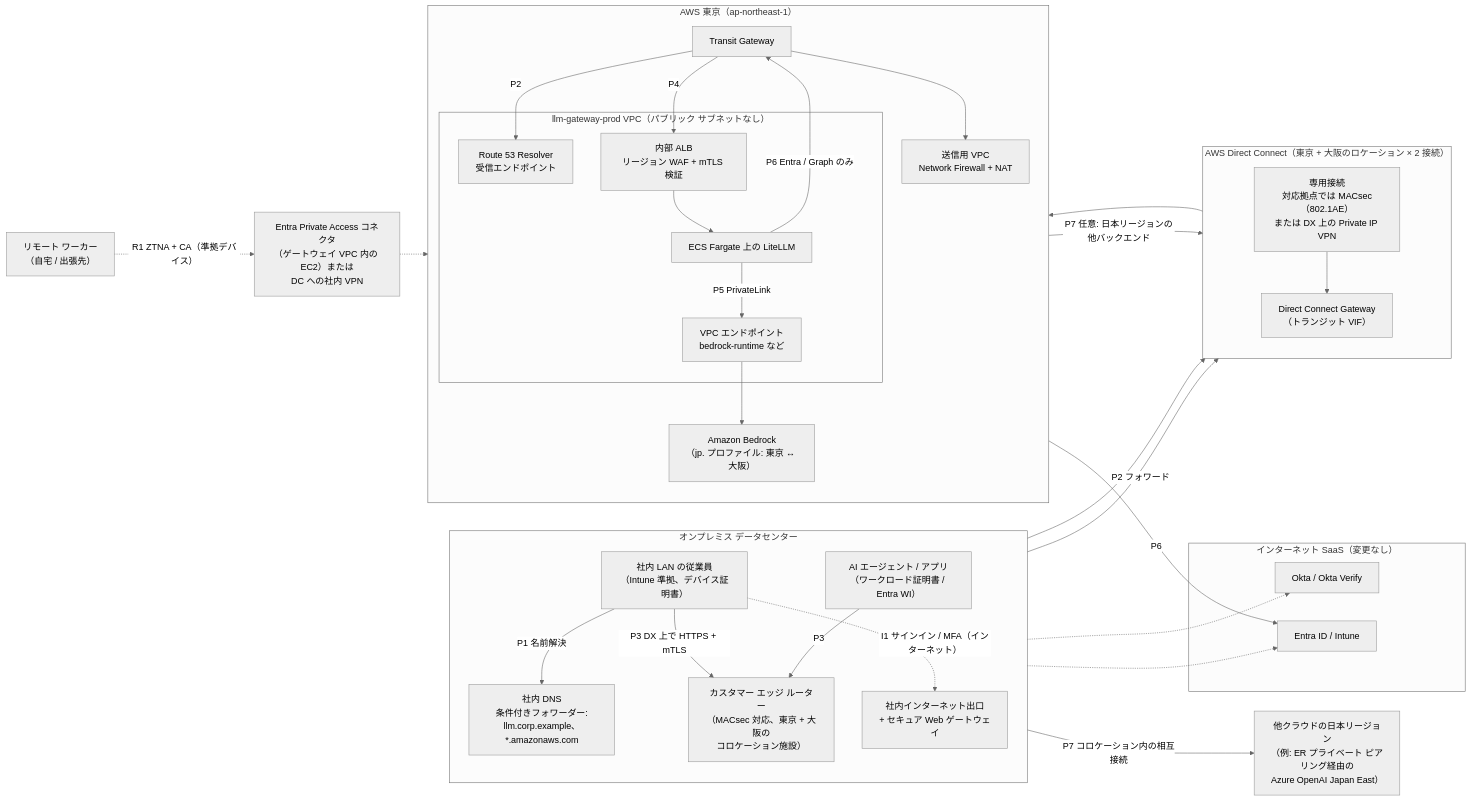
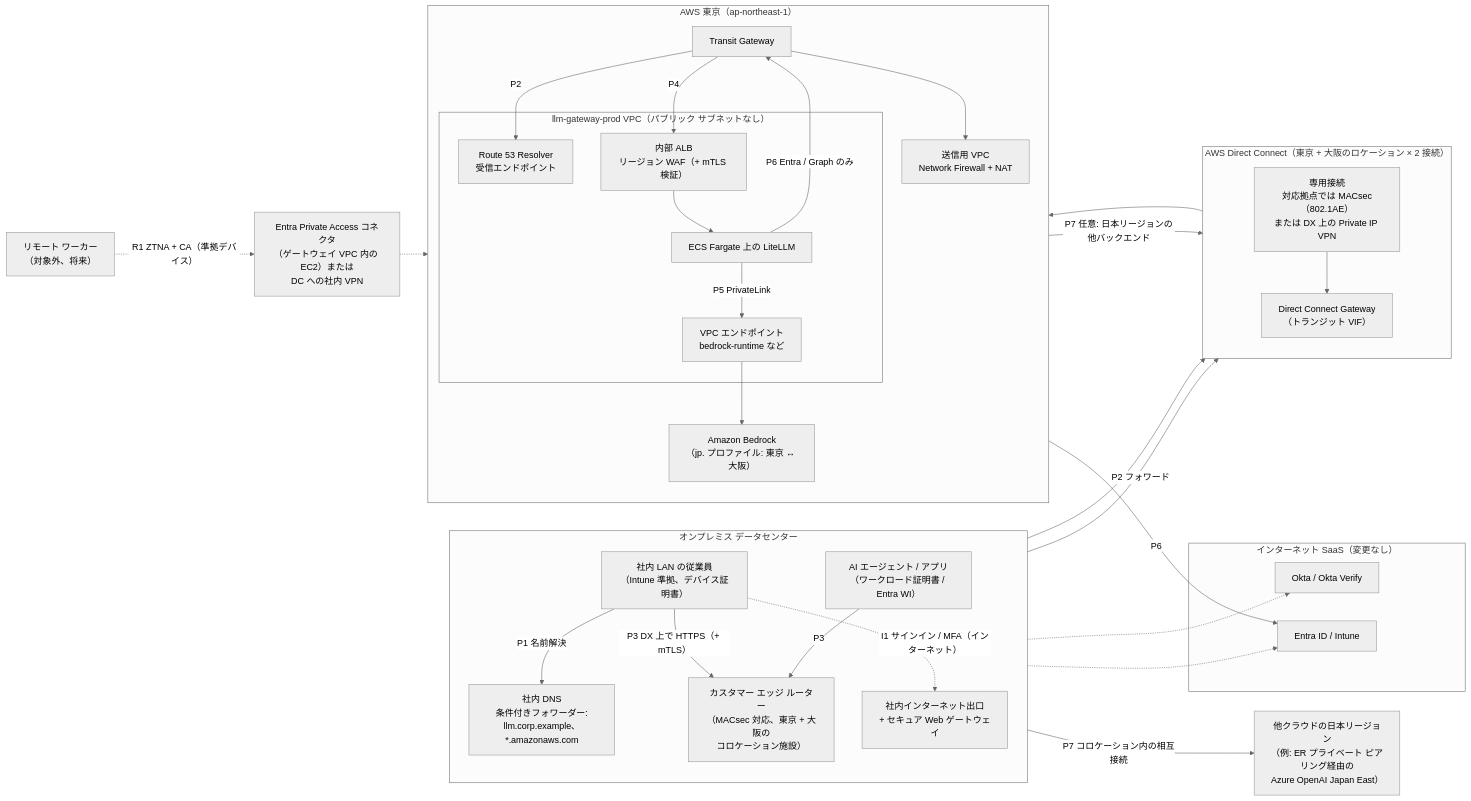
One commit to minddrop/llm-gateway-comparison changed the first of 5 diagrams in docs/jp/07-private-connectivity.md. Above: the diagram before and after it, drawn with Mermaid (neutral theme). The commit also changed other lines of this file and 10 other files, not shown here.

````diff
--- a/docs/jp/07-private-connectivity.md
+++ b/docs/jp/07-private-connectivity.md
@@ -21,58 +33,58 @@
 ```mermaid
 flowchart LR
     subgraph ONP["オンプレミス データセンター"]
         direction TB
         UOP["社内 LAN の従業員<br/>（Intune 準拠、デバイス証明書）"]
         AGOP["AI エージェント / アプリ<br/>（ワークロード証明書 / Entra WI）"]
         ODNS["社内 DNS<br/>条件付きフォワーダー:<br/>llm.corp.example、*.amazonaws.com"]
         CER["カスタマー エッジ ルーター<br/>（MACsec 対応、東京 + 大阪の<br/>コロケーション施設）"]
         INET["社内インターネット出口<br/>+ セキュア Web ゲートウェイ"]
     end
 
     subgraph DX["AWS Direct Connect（東京 + 大阪のロケーション × 2 接続）"]
         direction TB
         DXC["専用接続<br/>対応拠点では MACsec（802.1AE）<br/>または DX 上の Private IP VPN"]
         DXGW["Direct Connect Gateway<br/>（トランジット VIF）"]
     end
 
     subgraph AWS["AWS 東京（ap-northeast-1）"]
         direction TB
         TGW["Transit Gateway"]
         subgraph VPC["llm-gateway-prod VPC（パブリック サブネットなし）"]
             R53IN["Route 53 Resolver<br/>受信エンドポイント"]
-            IALB["内部 ALB<br/>リージョン WAF + mTLS 検証"]
+            IALB["内部 ALB<br/>リージョン WAF（+ mTLS 検証）"]
             ECS["ECS Fargate 上の LiteLLM"]
             VPCE["VPC エンドポイント<br/>bedrock-runtime など"]
         end
         EGR["送信用 VPC<br/>Network Firewall + NAT"]
         BR["Amazon Bedrock<br/>（jp. プロファイル: 東京 ↔ 大阪）"]
     end
 
     subgraph SAAS["インターネット SaaS（変更なし）"]
         ENTRA["Entra ID / Intune"]
         OKTA["Okta / Okta Verify"]
     end
 
     XC["他クラウドの日本リージョン<br/>（例: ER プライベート ピアリング経由の<br/>Azure OpenAI Japan East）"]
-    REM["リモート ワーカー<br/>（自宅 / 出張先）"]
+    REM["リモート ワーカー<br/>（対象外、将来）"]
     ZTNA["Entra Private Access コネクタ<br/>（ゲートウェイ VPC 内の EC2）または<br/>DC への社内 VPN"]
 
     UOP -->|"P1 名前解決"| ODNS
     ODNS -->|"P2 フォワード"| DXC
     DXC --> DXGW --> TGW
     TGW -->|"P2"| R53IN
-    UOP -->|"P3 DX 上で HTTPS + mTLS"| CER
+    UOP -->|"P3 DX 上で HTTPS（+ mTLS）"| CER
     AGOP -->|"P3"| CER
     CER --> DXC
     TGW -->|"P4"| IALB --> ECS
     ECS -->|"P5 PrivateLink"| VPCE --> BR
     ECS -->|"P6 Entra / Graph のみ"| TGW
     TGW --> EGR -->|"P6"| ENTRA
     TGW -->|"P7 任意: 日本リージョンの他バックエンド"| DXGW
     CER -->|"P7 コロケーション内の相互接続"| XC
     UOP -.->|"I1 サインイン / MFA（インターネット）"| INET
     INET -.-> ENTRA
     INET -.-> OKTA
     REM -.->|"R1 ZTNA + CA（準拠デバイス）"| ZTNA
     ZTNA -.-> IALB
 ```
````
